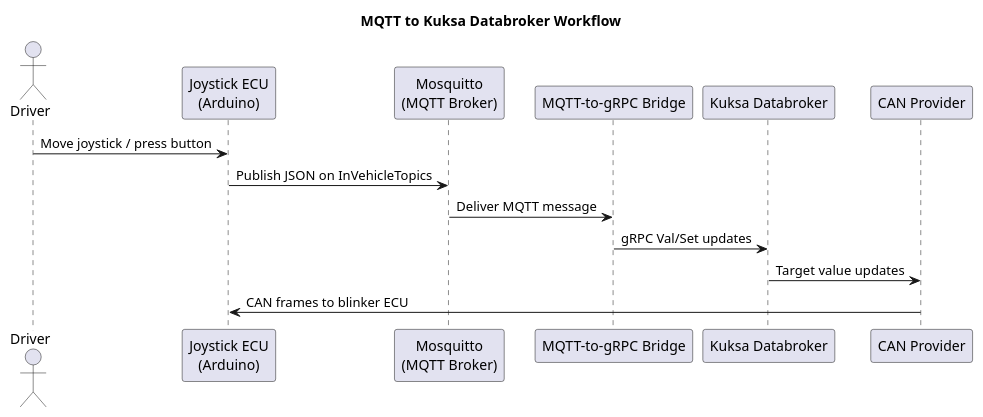
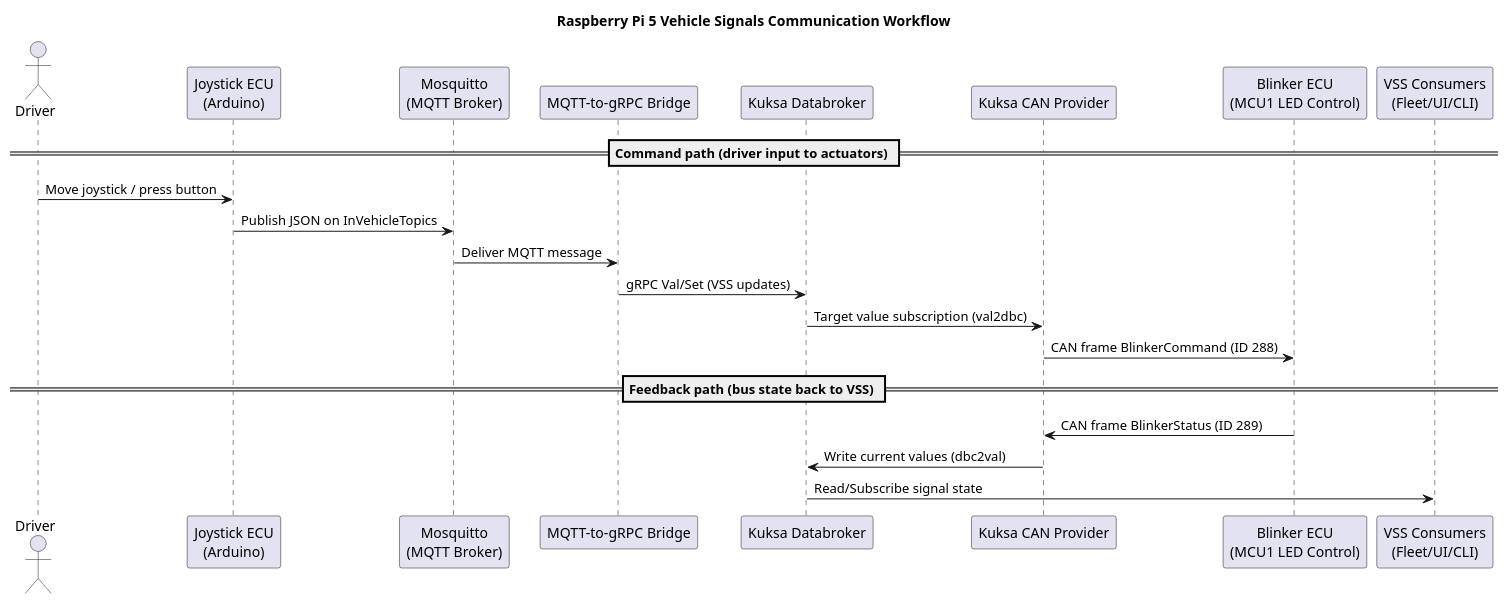
Before and after one commit to chheis/eclipse-sdv-e2e-demo-blueprint: the diagram in devices/raspberry-pi5/communication-workflow.puml, drawn with PlantUML. The commit also changed 1 other file, not shown here.

Commit message:
update of cmmunication flow and Readme

```diff
--- a/devices/raspberry-pi5/communication-workflow.puml
+++ b/devices/raspberry-pi5/communication-workflow.puml
@@ -1,18 +1,26 @@
 @startuml
-title MQTT to Kuksa Databroker Workflow
+title Raspberry Pi 5 Vehicle Signals Communication Workflow
 
 actor "Driver" as Driver
 participant "Joystick ECU\n(Arduino)" as ECU
 participant "Mosquitto\n(MQTT Broker)" as Broker
 participant "MQTT-to-gRPC Bridge" as Bridge
 participant "Kuksa Databroker" as Kuksa
-participant "CAN Provider" as CAN
+participant "Kuksa CAN Provider" as CAN
+participant "Blinker ECU\n(MCU1 LED Control)" as MCU
+participant "VSS Consumers\n(Fleet/UI/CLI)" as Consumers
 
+== Command path (driver input to actuators) ==
 Driver -> ECU: Move joystick / press button
 ECU -> Broker: Publish JSON on InVehicleTopics
 Broker -> Bridge: Deliver MQTT message
-Bridge -> Kuksa: gRPC Val/Set updates
-Kuksa -> CAN: Target value updates
-CAN -> ECU: CAN frames to blinker ECU
+Bridge -> Kuksa: gRPC Val/Set (VSS updates)
+Kuksa -> CAN: Target value subscription (val2dbc)
+CAN -> MCU: CAN frame BlinkerCommand (ID 288)
+
+== Feedback path (bus state back to VSS) ==
+MCU -> CAN: CAN frame BlinkerStatus (ID 289)
+CAN -> Kuksa: Write current values (dbc2val)
+Kuksa -> Consumers: Read/Subscribe signal state
 
 @enduml
```
